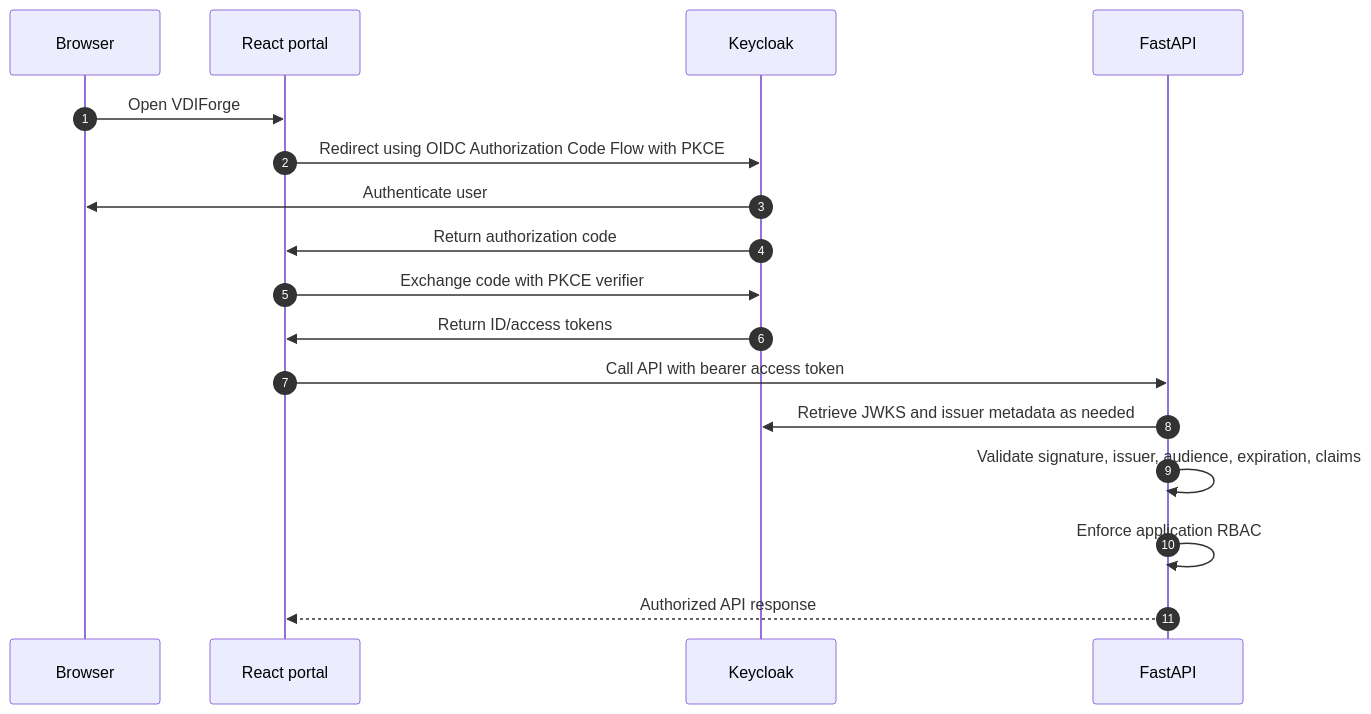
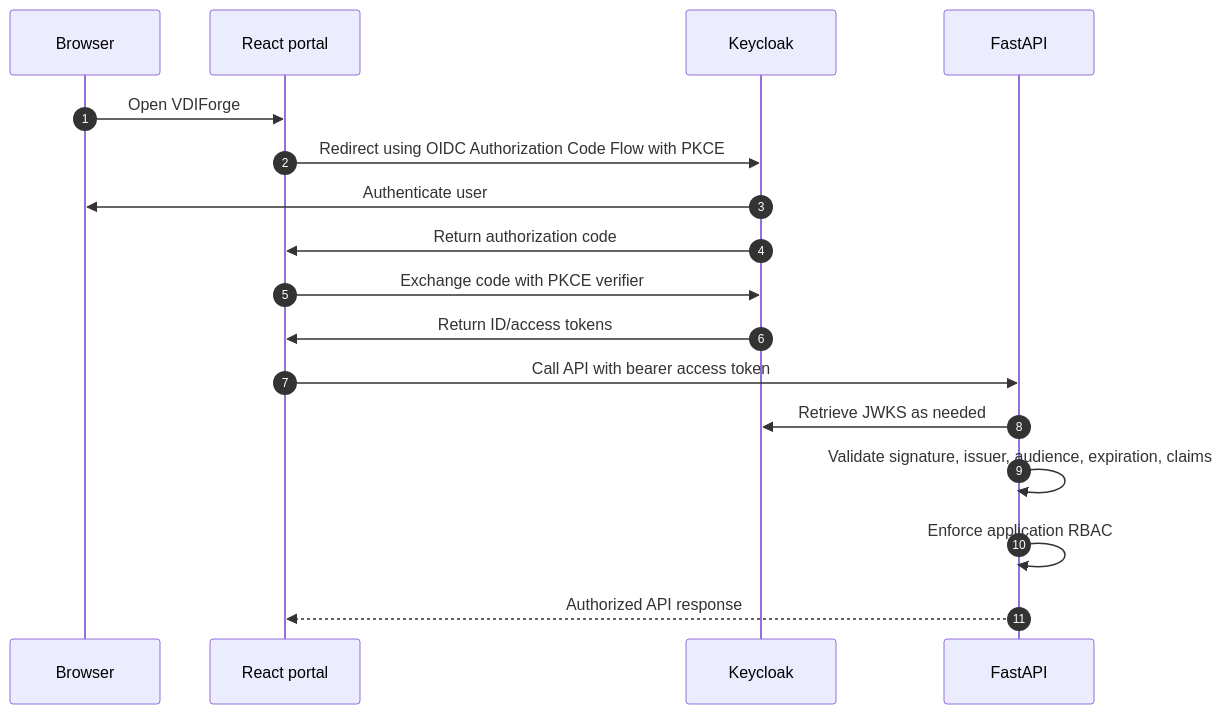
One commit to happelj/VDIForge changed the eighth of 13 diagrams in docs/ARCHITECTURE.md. Above: the diagram before and after it, drawn with Mermaid. The commit also changed other lines of this file and 93 other files, not shown here.

````diff
--- a/docs/ARCHITECTURE.md
+++ b/docs/ARCHITECTURE.md
@@ -217,20 +243,20 @@
 ```mermaid
 sequenceDiagram
   autonumber
   participant B as Browser
   participant P as React portal
   participant K as Keycloak
   participant A as FastAPI
 
   B->>P: Open VDIForge
   P->>K: Redirect using OIDC Authorization Code Flow with PKCE
   K->>B: Authenticate user
   K->>P: Return authorization code
   P->>K: Exchange code with PKCE verifier
   K->>P: Return ID/access tokens
   P->>A: Call API with bearer access token
-  A->>K: Retrieve JWKS and issuer metadata as needed
+  A->>K: Retrieve JWKS as needed
   A->>A: Validate signature, issuer, audience, expiration, claims
   A->>A: Enforce application RBAC
   A-->>P: Authorized API response
 ```
````
